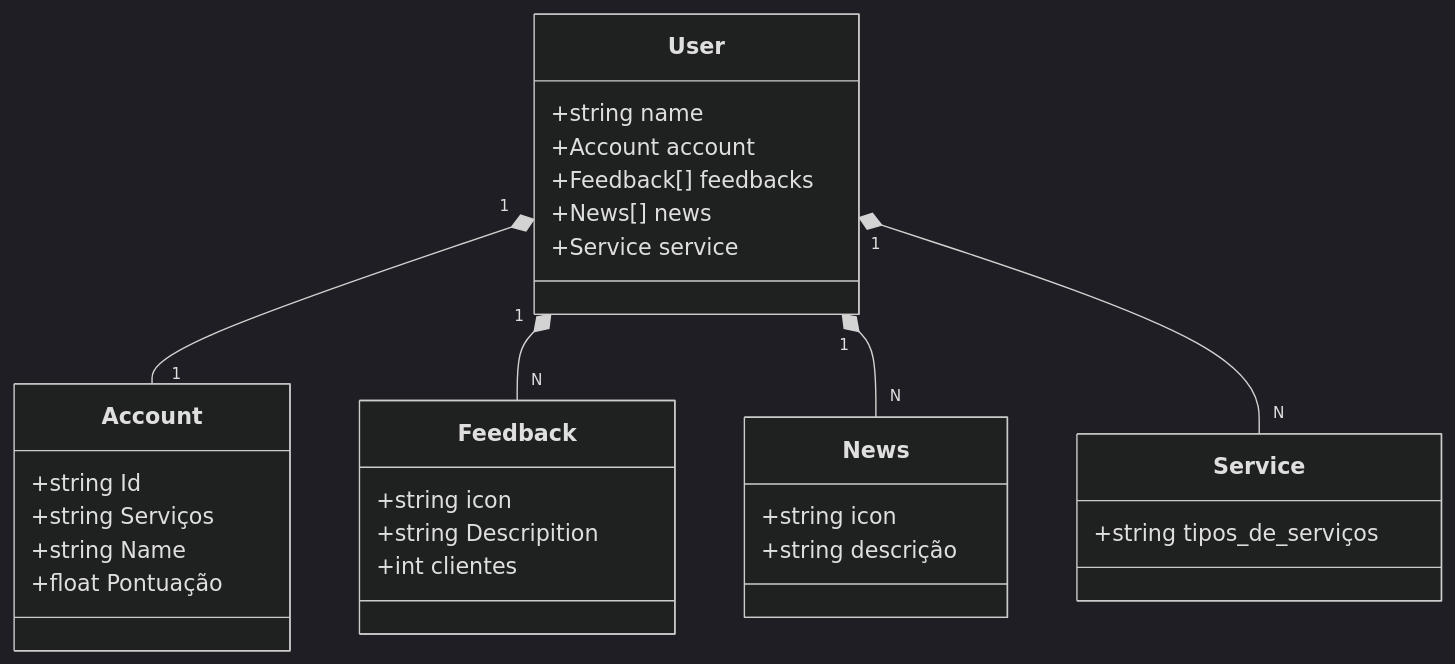
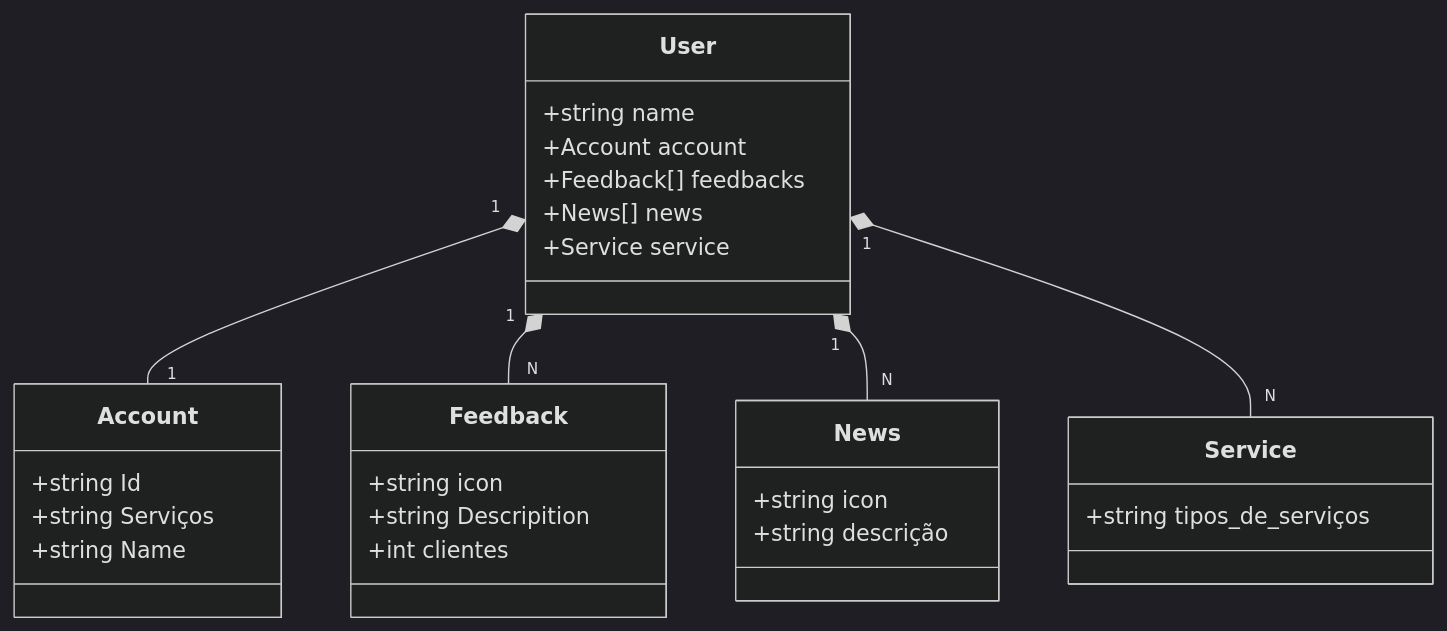
One commit to 19931510/bootcamp-dev changed the diagram in README.md. Above: the diagram before and after it, drawn with Mermaid (dark theme). The commit also changed other lines of this file, not shown here.

````diff
--- a/README.md
+++ b/README.md
@@ -5,39 +7,38 @@
 ```mermaid
 
 classDiagram
     class User {
         +string name
         +Account account
         +Feedback[] feedbacks
         +News[] news
         +Service service
     }
     
     class Account {
         +string Id
         +string Serviços
         +string Name
-        +float Pontuação
     }
 
     class Feedback {
         +string icon
         +string Descripition
         +int clientes
     }
 
     class News {
         +string icon
         +string descrição
     }
 
     class Service {
         +string tipos_de_serviços
     }
 
     User "1" *-- "1" Account
     User "1" *-- "N" Feedback
     User "1" *-- "N" News
     User "1" *-- "N" Service
 
 ```
````
